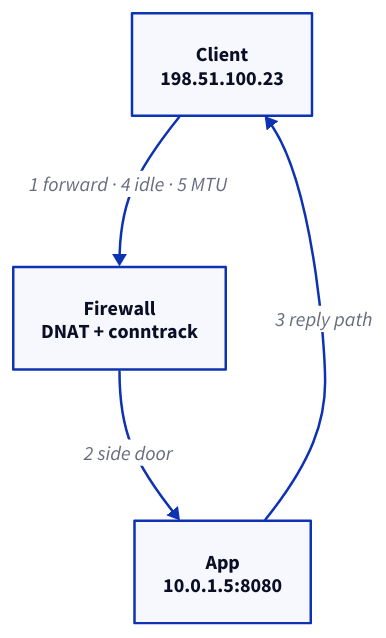
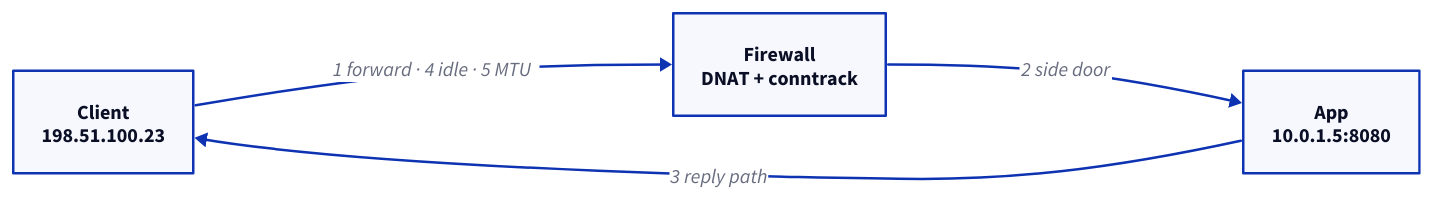
Before and after one commit to samadeep/samadeep.github.io: the first of 7 diagrams in src/content/posts/2026-10-04-expose-intranet-app-to-internet.md, drawn with D2. The commit also changed other lines of this file and 12 other files, not shown here.

````diff
--- a/src/content/posts/2026-10-04-expose-intranet-app-to-internet.md
+++ b/src/content/posts/2026-10-04-expose-intranet-app-to-internet.md
@@ -17,9 +17,9 @@
 ```d2 title="The whole path, and the five places it breaks"
-direction: down
+direction: right
 client: "Client\n198.51.100.23" {class: peer}
 fw: "Firewall\nDNAT + conntrack" {class: main}
 app: "App\n10.0.1.5:8080" {class: worker}
 client -> fw: "1 forward · 4 idle · 5 MTU"
 fw -> app: "2 side door"
 app -> client: "3 reply path" {class: lost}
 ```
````
